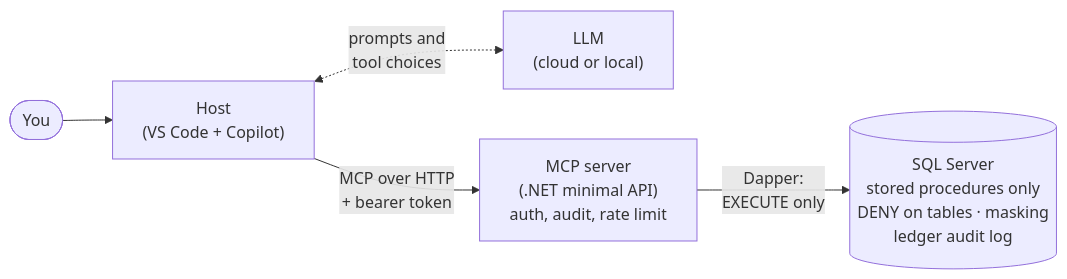
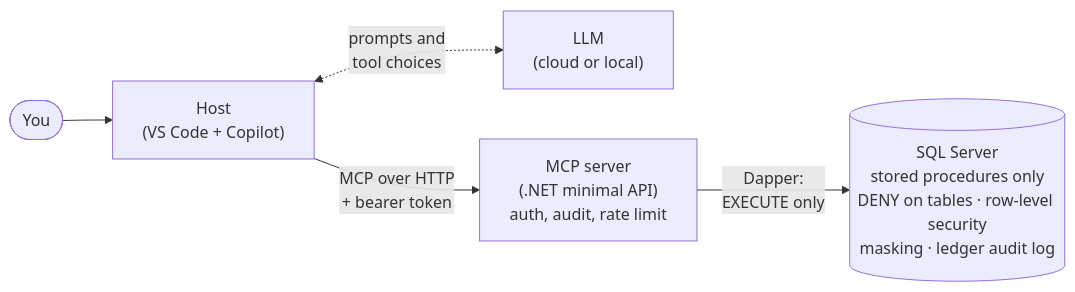
One commit to Code-Express-AI/trading-mcp-dotnet changed the diagram in README.md. Above: the diagram before and after it, drawn with Mermaid. The commit also changed other lines of this file and 24 other files, not shown here.

Commit message:
Add row-level security, so each caller sees only its own clients

````diff
--- a/README.md
+++ b/README.md
@@ -115,7 +116,7 @@
 ```mermaid
 flowchart LR
     U([You]) --> H["Host<br/>(VS Code + Copilot)"]
     H <-. "prompts and<br/>tool choices" .-> L["LLM<br/>(cloud or local)"]
     H -- "MCP over HTTP<br/>+ bearer token" --> S["MCP server<br/>(.NET minimal API)<br/>auth, audit, rate limit"]
-    S -- "Dapper:<br/>EXECUTE only" --> D[("SQL Server<br/>stored procedures only<br/>DENY on tables · masking<br/>ledger audit log")]
+    S -- "Dapper:<br/>EXECUTE only" --> D[("SQL Server<br/>stored procedures only<br/>DENY on tables · row-level security<br/>masking · ledger audit log")]
 ```
````
